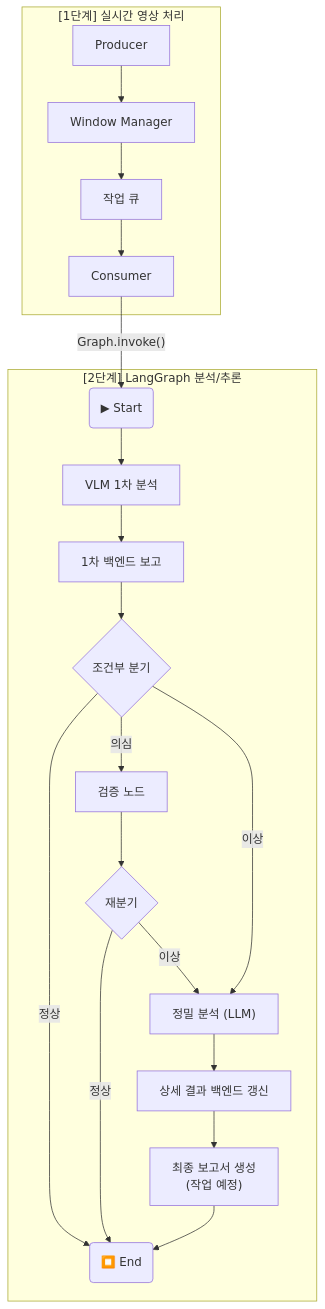
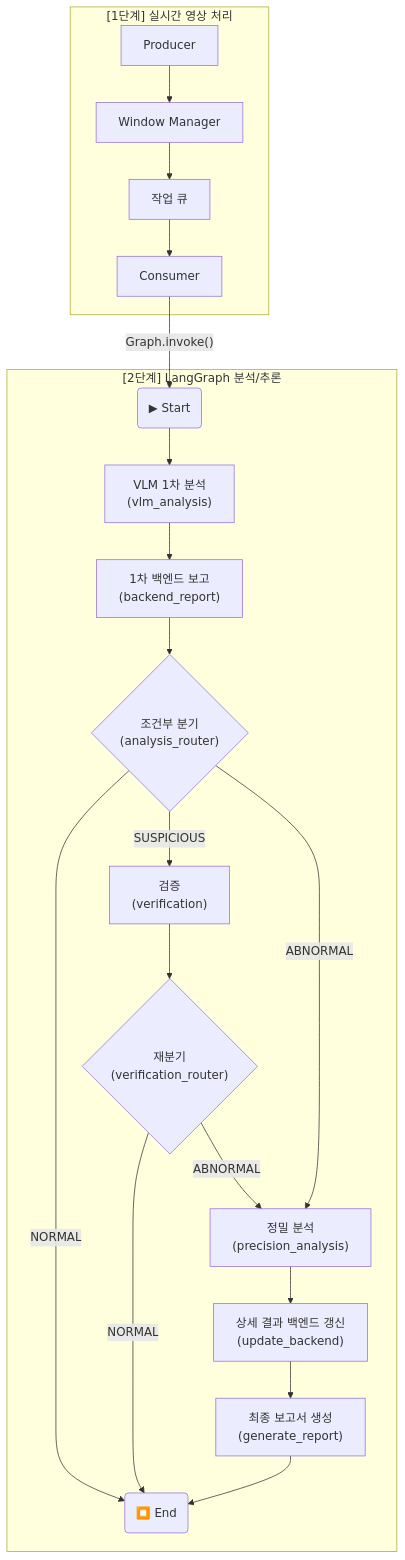
One commit to AIX-01/aegis-ai-agent changed the first of 2 diagrams in src/Agent_Workflow.md. Above: the diagram before and after it, drawn with Mermaid. The commit also changed other lines of this file and 7 other files, not shown here.

````diff
--- a/src/Agent_Workflow.md
+++ b/src/Agent_Workflow.md
@@ -91,27 +91,27 @@
 ```mermaid
 graph TD
     subgraph RealTime["[1단계] 실시간 영상 처리"]
         P["Producer"] --> W["Window Manager"]
         W --> Q["작업 큐"]
         Q --> C["Consumer"]
     end
 
     subgraph LangGraph["[2단계] LangGraph 분석/추론"]
         C --> |"Graph.invoke()"| Start(▶ Start)
-        Start --> N1["VLM 1차 분석"]
-        N1 --> N2["1차 백엔드 보고"]
-        N2 --> Router{"조건부 분기"}
+        Start --> N1["VLM 1차 분석<br>(vlm_analysis)"]
+        N1 --> N2["1차 백엔드 보고<br>(backend_report)"]
+        N2 --> Router{"조건부 분기<br>(analysis_router)"}
         
-        Router -- "정상" --> End(⏹️ End)
-        Router -- "의심" --> N_Verify["검증 노드"]
-        Router -- "이상" --> N_Precise["정밀 분석 (LLM)"]
+        Router -- "NORMAL" --> End(⏹️ End)
+        Router -- "SUSPICIOUS" --> N_Verify["검증<br>(verification)"]
+        Router -- "ABNORMAL" --> N_Precise["정밀 분석<br>(precision_analysis)"]
 
-        N_Verify --> Router2{"재분기"}
-        Router2 -- "정상" --> End
-        Router2 -- "이상" --> N_Precise
+        N_Verify --> Router2{"재분기<br>(verification_router)"}
+        Router2 -- "NORMAL" --> End
+        Router2 -- "ABNORMAL" --> N_Precise
 
-        N_Precise --> N_Update["상세 결과 백엔드 갱신"]
-        N_Update --> N7["최종 보고서 생성<br>(작업 예정)"]
+        N_Precise --> N_Update["상세 결과 백엔드 갱신<br>(update_backend)"]
+        N_Update --> N7["최종 보고서 생성<br>(generate_report)"]
         N7 --> End
     end
 ```
````
